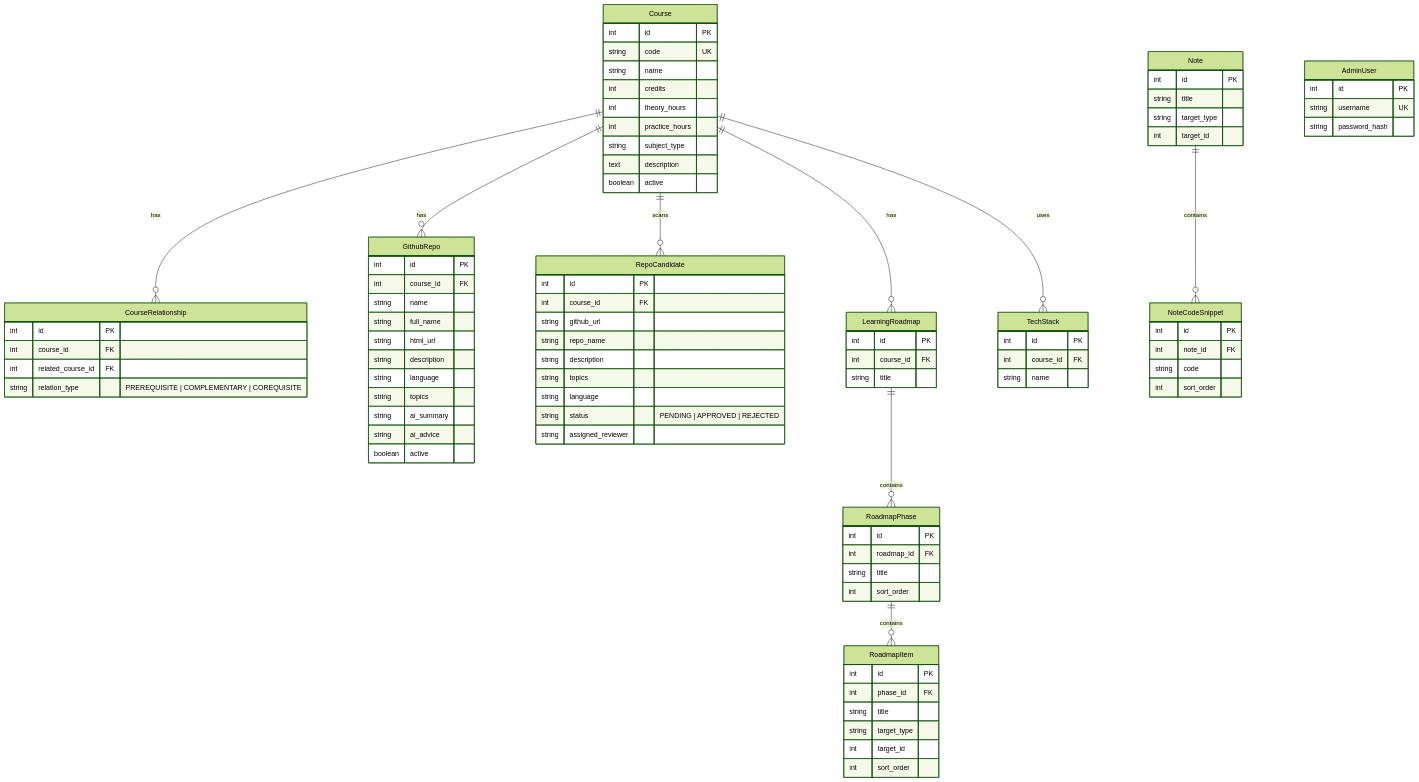
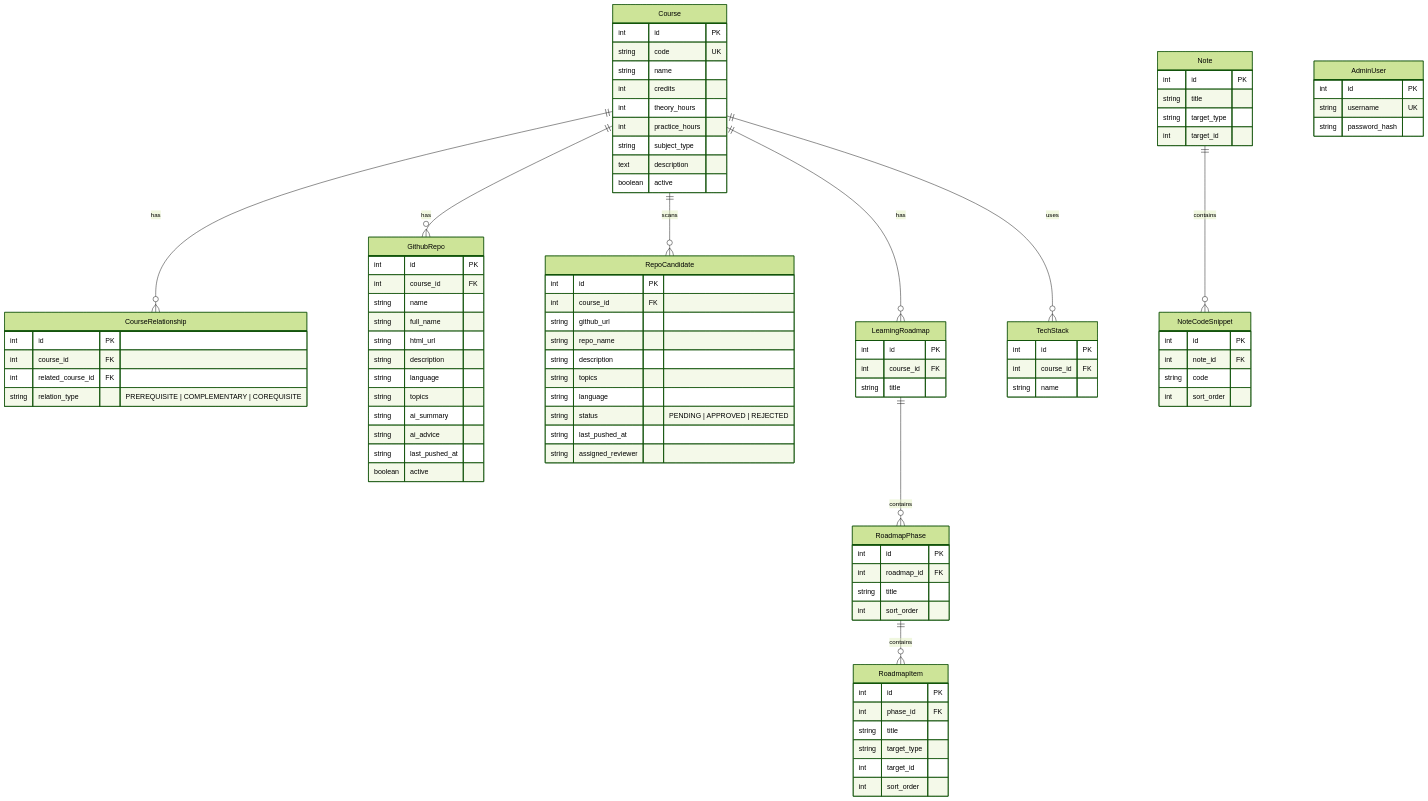
One commit to huyhoang171106/DevOrbit changed the fifth of 9 diagrams in docs/ARCHITECTURE.md. Above: the diagram before and after it, drawn with Mermaid (forest theme). The commit also changed other lines of this file and 22 other files, not shown here.

```diff
--- a/docs/ARCHITECTURE.md
+++ b/docs/ARCHITECTURE.md
@@ -270,6 +270,7 @@
     string topics
     string ai_summary
     string ai_advice
+    string last_pushed_at
     boolean active
   }
   RepoCandidate {
@@ -281,6 +282,7 @@
     string topics
     string language
     string status "PENDING | APPROVED | REJECTED"
+    string last_pushed_at
     string assigned_reviewer
   }
   LearningRoadmap {
```
